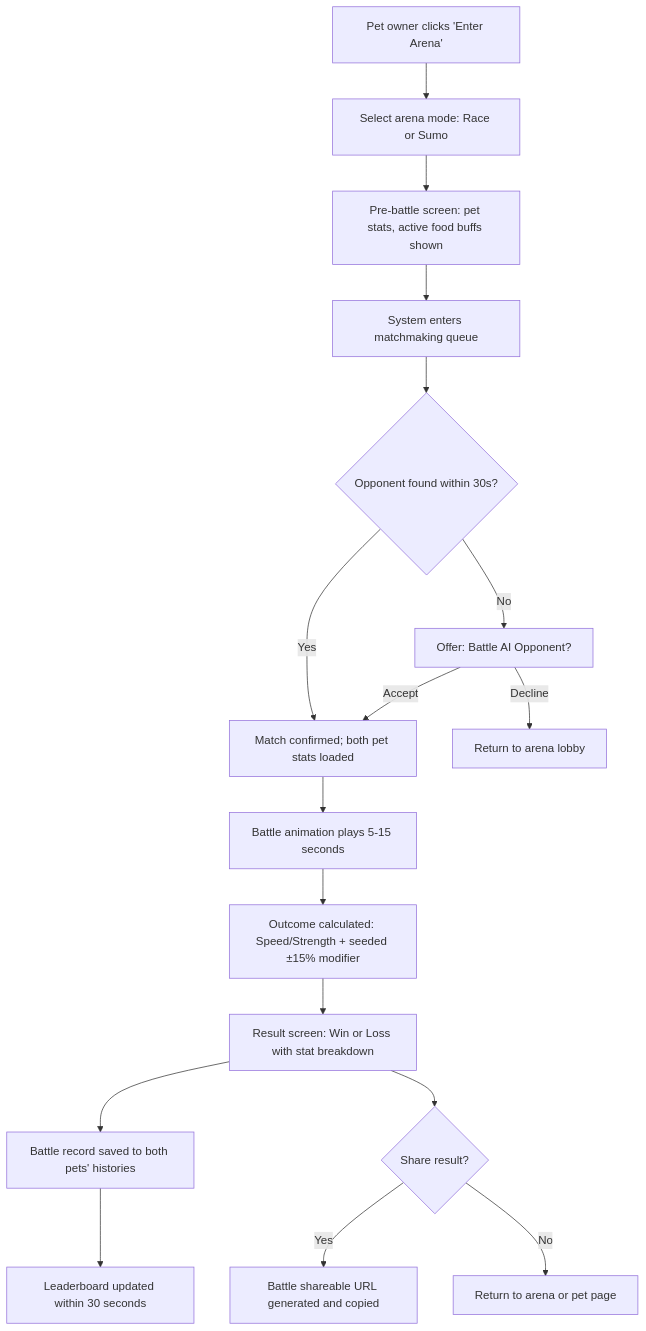
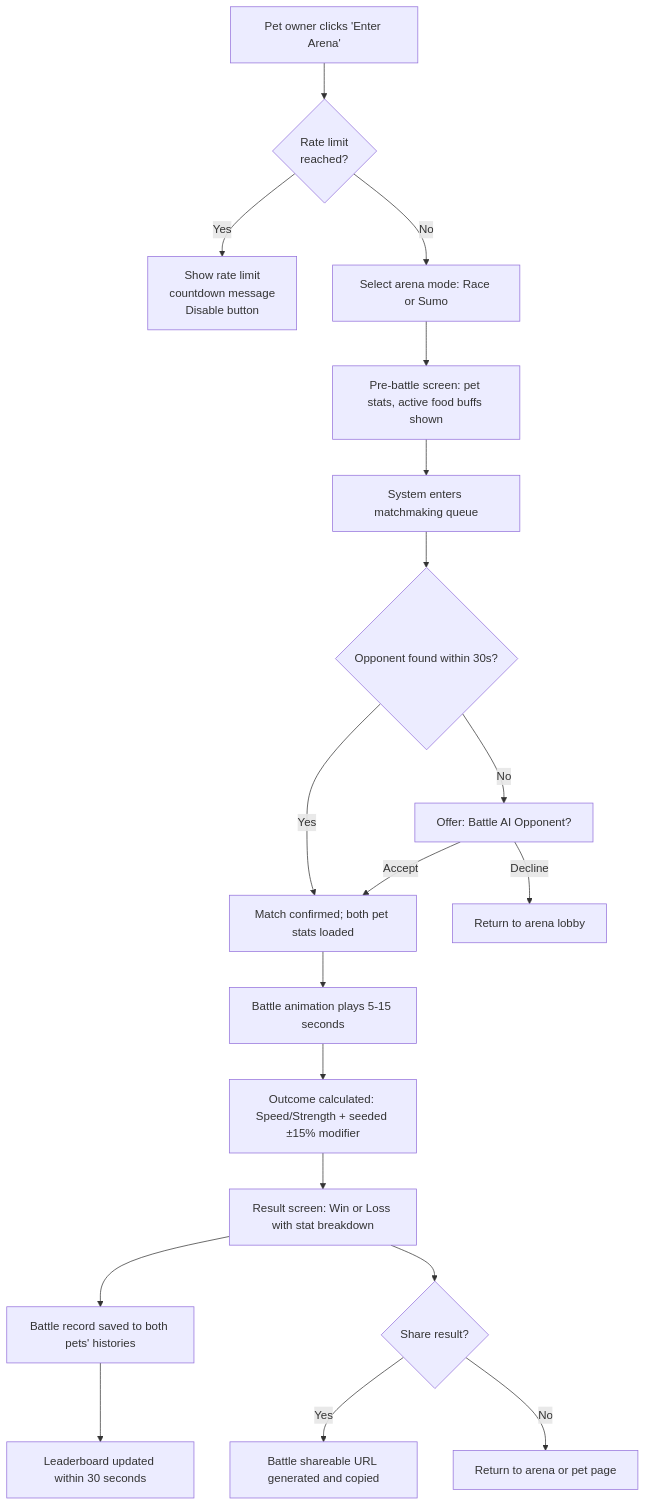
The fifth of 8 diagrams in docs/PRD.md (ibalasite/pet), drawn with Mermaid before and after one commit. The commit also changed other lines of this file, not shown here.

````diff
--- a/docs/PRD.md
+++ b/docs/PRD.md
@@ -783,19 +784,21 @@
 ```mermaid
 flowchart TD
-    A[Pet owner clicks 'Enter Arena'] --> B[Select arena mode: Race or Sumo]
+    A[Pet owner clicks 'Enter Arena'] --> A1{Rate limit<br/>reached?}
+    A1 -->|Yes| A2[Show rate limit<br/>countdown message<br/>Disable button]
+    A1 -->|No| B[Select arena mode: Race or Sumo]
     B --> C[Pre-battle screen: pet stats, active food buffs shown]
     C --> D[System enters matchmaking queue]
     D --> E{Opponent found within 30s?}
     E -->|Yes| F[Match confirmed; both pet stats loaded]
     E -->|No| G[Offer: Battle AI Opponent?]
     G -->|Decline| H[Return to arena lobby]
     G -->|Accept| F
     F --> I[Battle animation plays 5-15 seconds]
     I --> J[Outcome calculated: Speed/Strength + seeded ±15% modifier]
     J --> K[Result screen: Win or Loss with stat breakdown]
     K --> L[Battle record saved to both pets' histories]
     L --> M[Leaderboard updated within 30 seconds]
     K --> N{Share result?}
     N -->|Yes| O[Battle shareable URL generated and copied]
     N -->|No| P[Return to arena or pet page]
 ```
````
